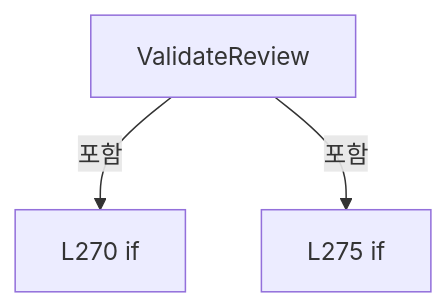
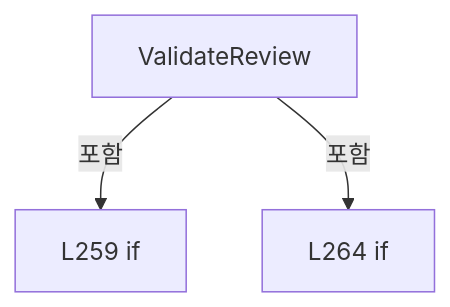
Before and after one commit to kjuws10-rgb/Shared: the fifth of 9 diagrams in A3 LD Code Ref/files/Drilling.File/Product/CProductFile.cs.md, drawn with Mermaid. The commit also changed other lines of this file and 8055 other files, not shown here.

Commit message:
docs(a3): trace Stage Glass Data and refresh architecture and full code reference

````diff
--- a/A3 LD Code Ref/files/Drilling.File/Product/CProductFile.cs.md
+++ b/A3 LD Code Ref/files/Drilling.File/Product/CProductFile.cs.md
@@ -1361,8 +1361,8 @@
 ```mermaid
 flowchart TD
  M["ValidateReview"]
- N0["L270 if"]
+ N0["L259 if"]
  M -->|포함| N0
- N1["L275 if"]
+ N1["L264 if"]
  M -->|포함| N1
 ```
````
